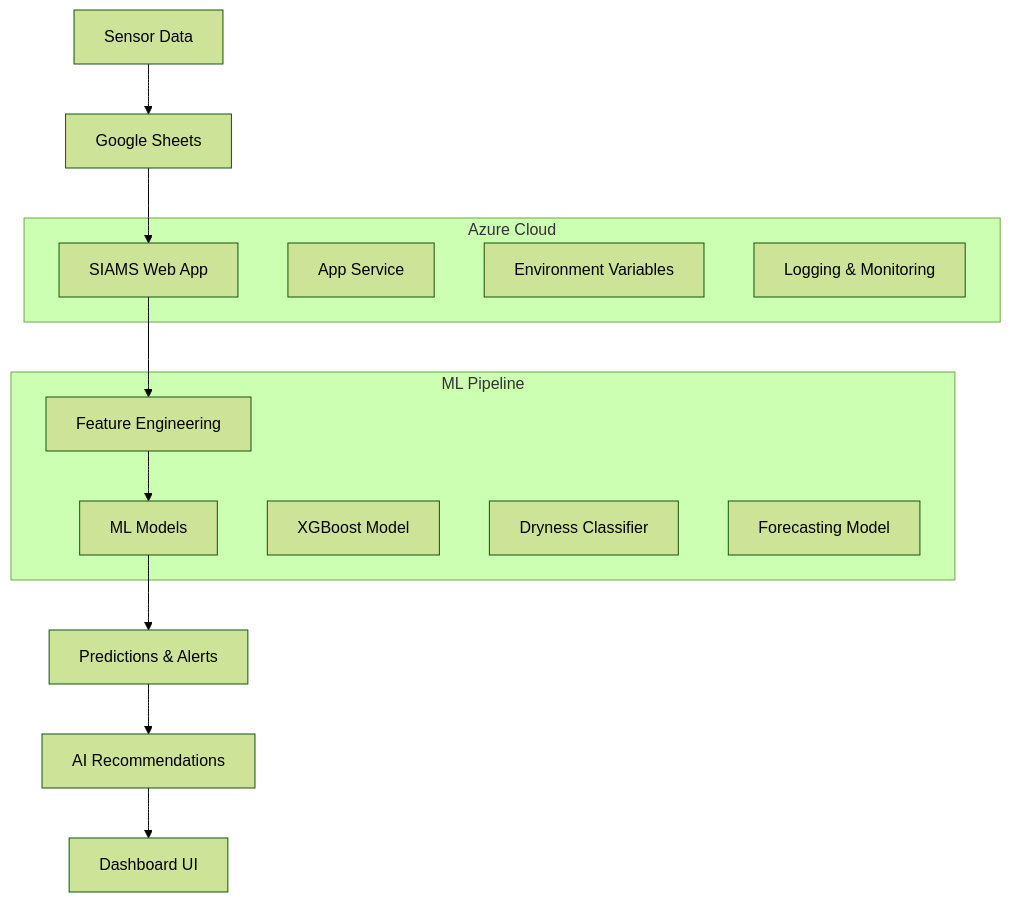
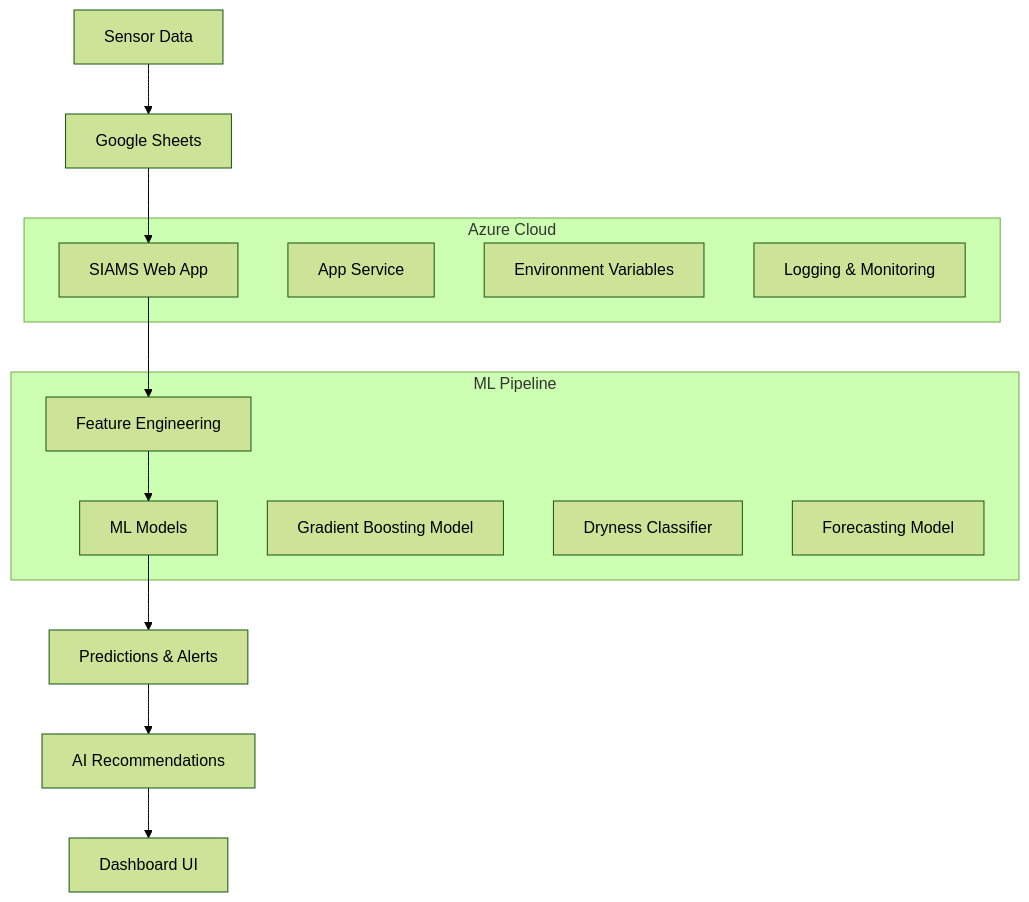
The diagram in README.md (HayJay71/SIAMS_Web), drawn with Mermaid (forest theme) before and after one commit. The commit also changed other lines of this file, not shown here.

Commit message:
Update README change in ML model

````diff
--- a/README.md
+++ b/README.md
@@ -97,25 +97,25 @@
 ```mermaid
 graph TB
     A[Sensor Data] --> B[Google Sheets]
     B --> C[SIAMS Web App]
     C --> D[Feature Engineering]
     D --> E[ML Models]
     E --> F[Predictions & Alerts]
     F --> G[AI Recommendations]
     G --> H[Dashboard UI]
     
     subgraph "Azure Cloud"
         C
         I[App Service]
         J[Environment Variables]
         K[Logging & Monitoring]
     end
     
     subgraph "ML Pipeline"
         D
         E
-        L[XGBoost Model]
+        L[Gradient Boosting Model]
         M[Dryness Classifier]
         N[Forecasting Model]
     end
 ```
````
